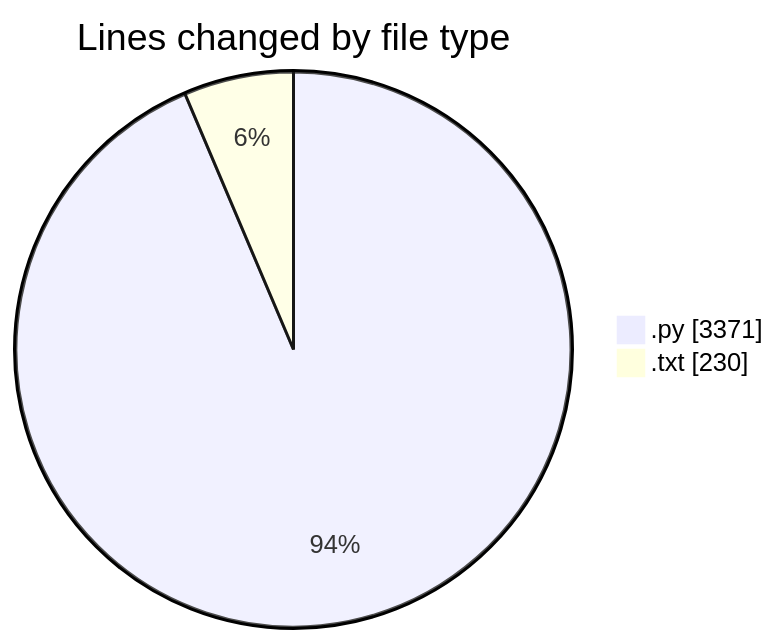
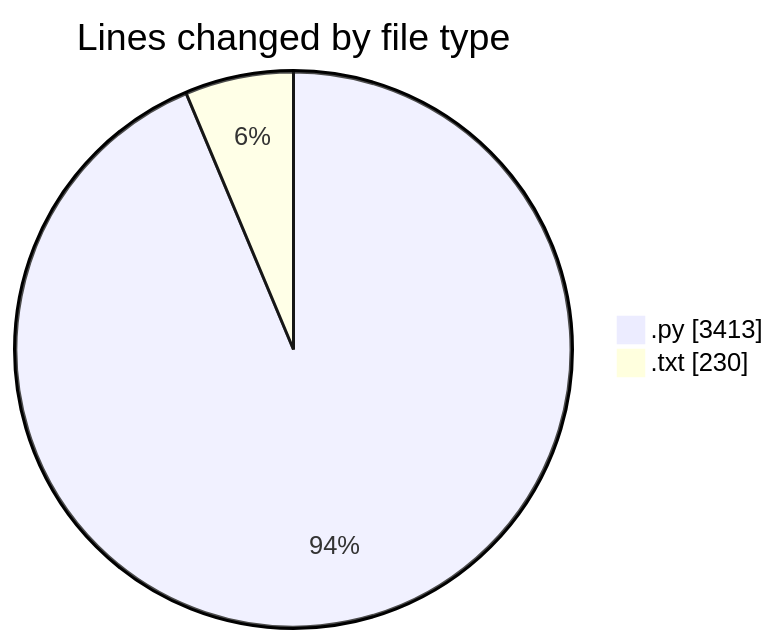
The first of 2 diagrams in 2025-05-26/zip_file/README.md (Ritupan-Deka/code-tracking), drawn with Mermaid before and after one commit. The commit also changed other lines of this file and 1 other file, not shown here.

````diff
--- a/2025-05-26/zip_file/README.md
+++ b/2025-05-26/zip_file/README.md
@@ -31,6 +31,6 @@
 ```mermaid
 pie showData
 title Lines changed by file type
-".py" : 3371
+".py" : 3413
 ".txt" : 230
 ```
````
